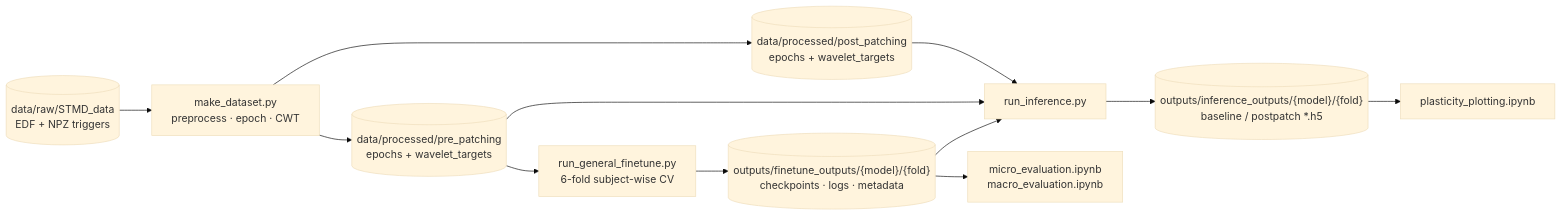
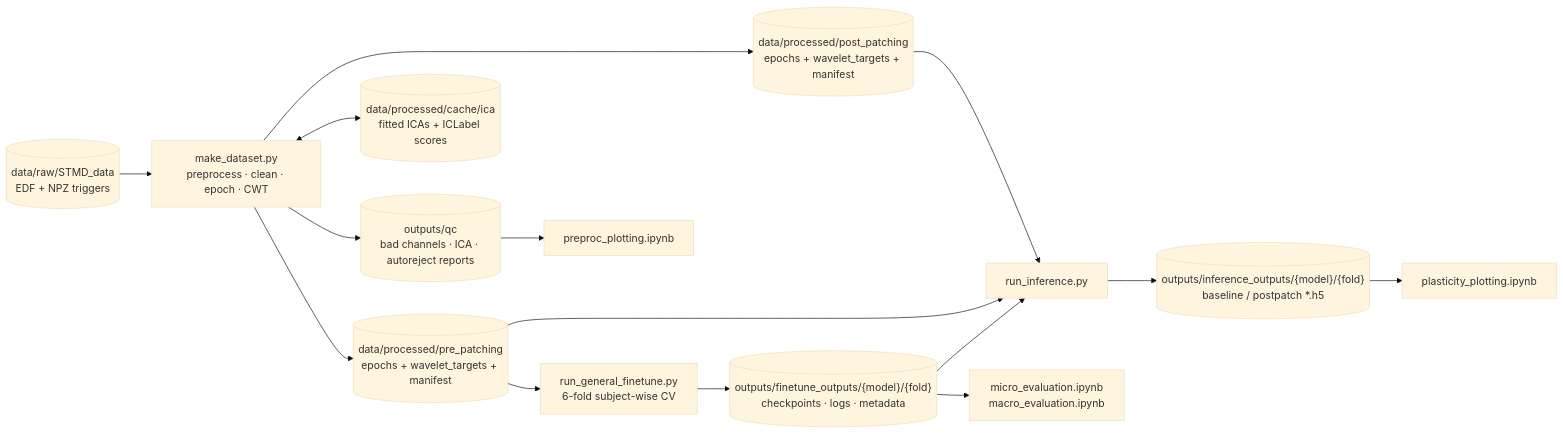
One commit to gaborab/plasticity_foundation changed the diagram in README.md. Above: the diagram before and after it, drawn with Mermaid (base theme). The commit also changed other lines of this file, not shown here.

````diff
--- a/README.md
+++ b/README.md
@@ -20,14 +20,17 @@
 ```mermaid
 flowchart LR
-    RAW[("data/raw/STMD_data<br/>EDF + NPZ triggers")] --> MD["make_dataset.py<br/>preprocess · epoch · CWT"]
-    MD --> PRE[("data/processed/pre_patching<br/>epochs + wavelet_targets")]
-    MD --> POST[("data/processed/post_patching<br/>epochs + wavelet_targets")]
+    RAW[("data/raw/STMD_data<br/>EDF + NPZ triggers")] --> MD["make_dataset.py<br/>preprocess · clean · epoch · CWT"]
+    MD --> QC[("outputs/qc<br/>bad channels · ICA · autoreject reports")]
+    MD <--> CACHE[("data/processed/cache/ica<br/>fitted ICAs + ICLabel scores")]
+    MD --> PRE[("data/processed/pre_patching<br/>epochs + wavelet_targets + manifest")]
+    MD --> POST[("data/processed/post_patching<br/>epochs + wavelet_targets + manifest")]
     PRE --> FT["run_general_finetune.py<br/>6-fold subject-wise CV"]
     FT --> CKPT[("outputs/finetune_outputs/{model}/{fold}<br/>checkpoints · logs · metadata")]
     CKPT --> INF["run_inference.py"]
     PRE --> INF
     POST --> INF
     INF --> H5[("outputs/inference_outputs/{model}/{fold}<br/>baseline / postpatch *.h5")]
     CKPT --> NB1["micro_evaluation.ipynb<br/>macro_evaluation.ipynb"]
     H5 --> NB2["plasticity_plotting.ipynb"]
+    QC --> NB3["preproc_plotting.ipynb"]
 ```
````
